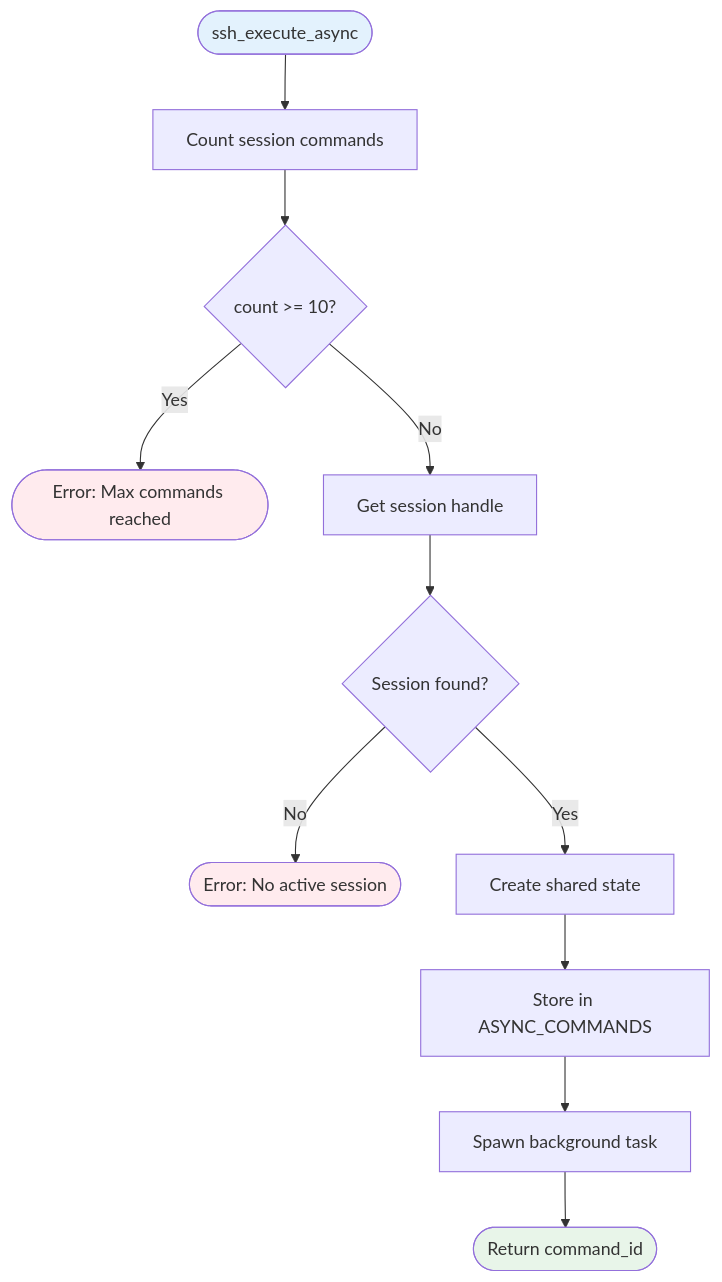
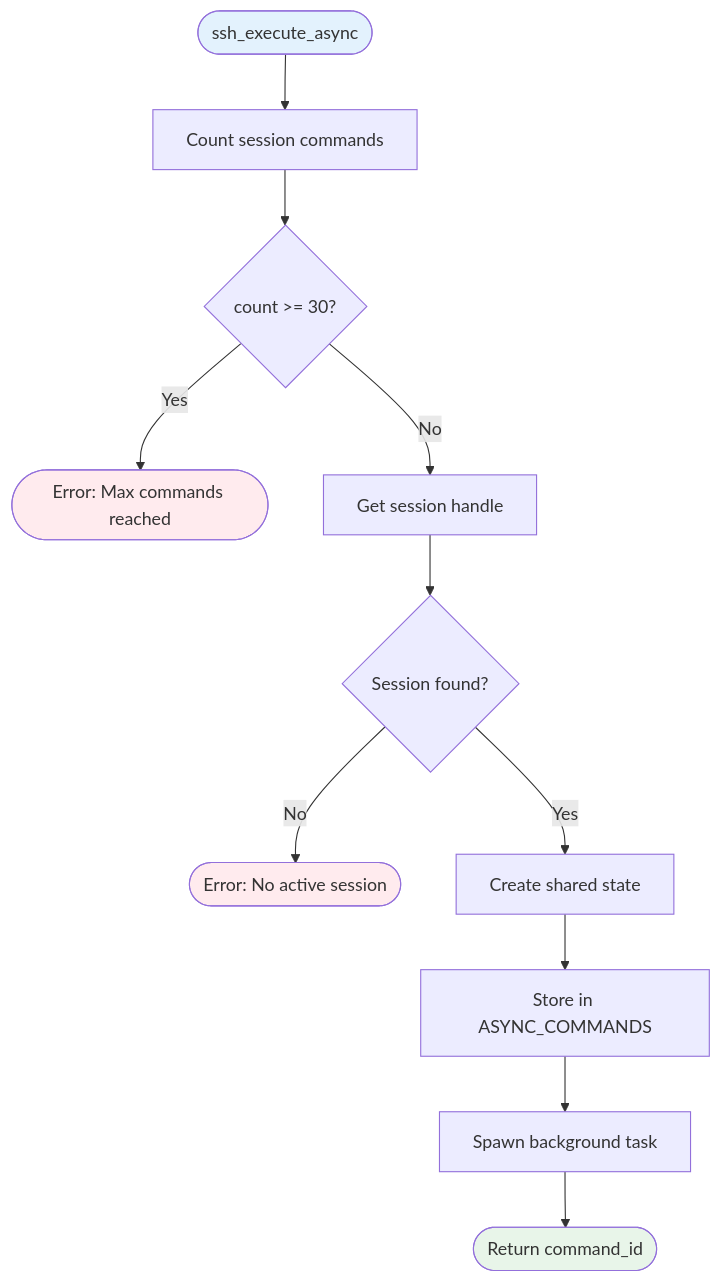
Before and after one commit to farchanjo/ssh-mcp: diagram 14 of 27 in docs/FLOWS.md, drawn with Mermaid. The commit also changed 6 other files, not shown here.

````diff
--- a/docs/FLOWS.md
+++ b/docs/FLOWS.md
@@ -693,21 +693,21 @@
 ```mermaid
 flowchart TD
     Start([ssh_execute_async]) --> CountCommands[Count session commands]
-    CountCommands --> CheckLimit{count >= 10?}
+    CountCommands --> CheckLimit{count >= 30?}
 
     CheckLimit -->|Yes| RejectError([Error: Max commands reached])
     CheckLimit -->|No| GetSession[Get session handle]
 
     GetSession --> SessionExists{Session found?}
     SessionExists -->|No| SessionError([Error: No active session])
     SessionExists -->|Yes| CreateState[Create shared state]
 
     CreateState --> Store[Store in ASYNC_COMMANDS]
     Store --> Spawn[Spawn background task]
     Spawn --> Return([Return command_id])
 
     style Start fill:#e3f2fd
     style Return fill:#e8f5e9
     style RejectError fill:#ffebee
     style SessionError fill:#ffebee
 ```
````
